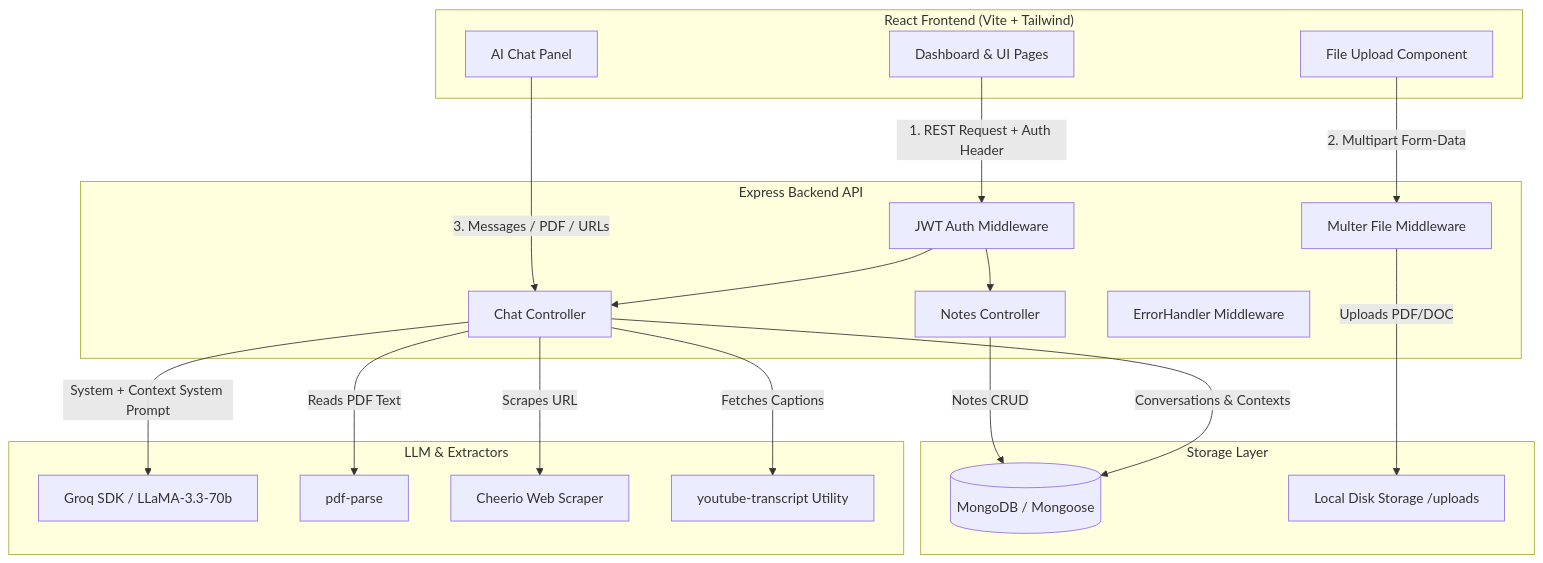
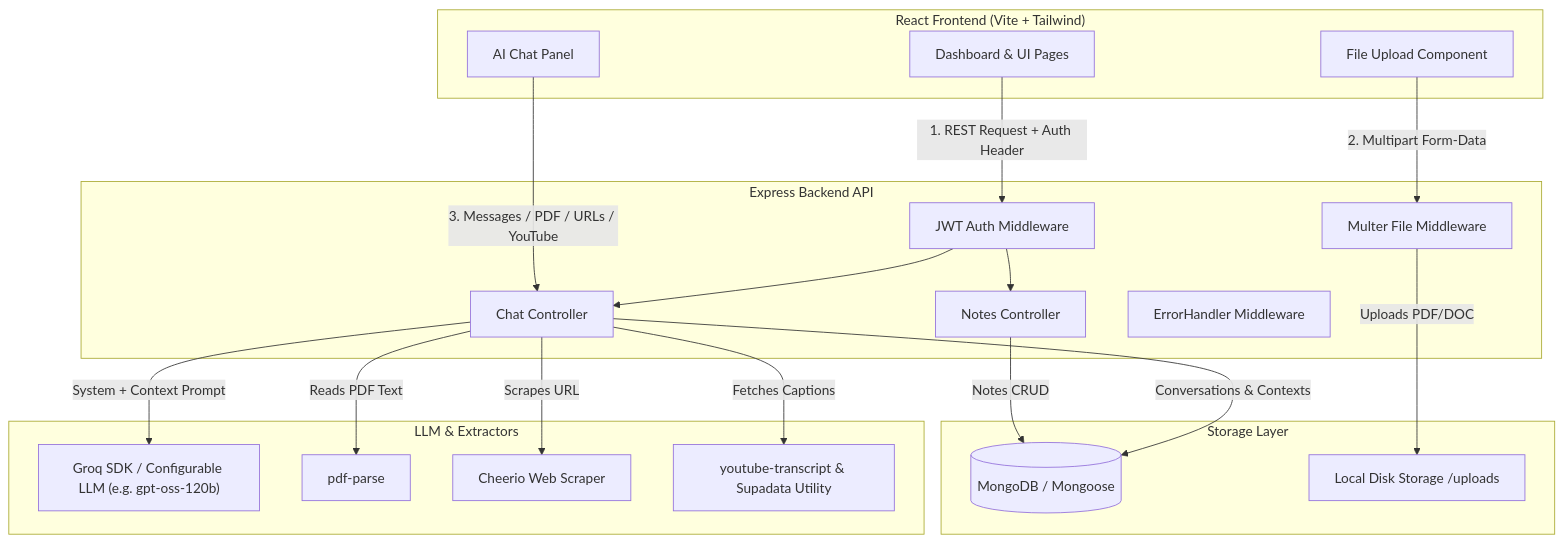
One commit to pavaner2007/studymate_FSD changed the diagram in README.md. Above: the diagram before and after it, drawn with Mermaid. The commit also changed other lines of this file and 1 other file, not shown here.

````diff
--- a/README.md
+++ b/README.md
@@ -11,45 +11,45 @@
 ```mermaid
 graph TD
     subgraph Client ["React Frontend (Vite + Tailwind)"]
         A["Dashboard & UI Pages"]
         B["File Upload Component"]
         C["AI Chat Panel"]
     end
 
     subgraph Server ["Express Backend API"]
         D["JWT Auth Middleware"]
         E["Multer File Middleware"]
         F["Notes Controller"]
         G["Chat Controller"]
         H["ErrorHandler Middleware"]
     end
 
     subgraph Database ["Storage Layer"]
         I[("MongoDB / Mongoose")]
         J["Local Disk Storage /uploads"]
     end
 
     subgraph AI ["LLM & Extractors"]
-        K["Groq SDK / LLaMA-3.3-70b"]
+        K["Groq SDK / Configurable LLM (e.g. gpt-oss-120b)"]
         L["pdf-parse"]
         M["Cheerio Web Scraper"]
-        N["youtube-transcript Utility"]
+        N["youtube-transcript & Supadata Utility"]
     end
 
     %% Interactions
     A -->|1. REST Request + Auth Header| D
     B -->|2. Multipart Form-Data| E
-    C -->|3. Messages / PDF / URLs| G
+    C -->|3. Messages / PDF / URLs / YouTube| G
     
     D --> F
     D --> G
     E -->|Uploads PDF/DOC| J
     
     F -->|Notes CRUD| I
     G -->|Conversations & Contexts| I
     
     G -->|Reads PDF Text| L
     G -->|Scrapes URL| M
     G -->|Fetches Captions| N
-    G -->|System + Context System Prompt| K
+    G -->|System + Context Prompt| K
 ```
````
